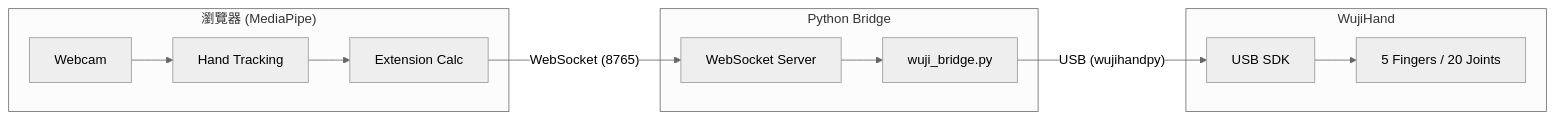
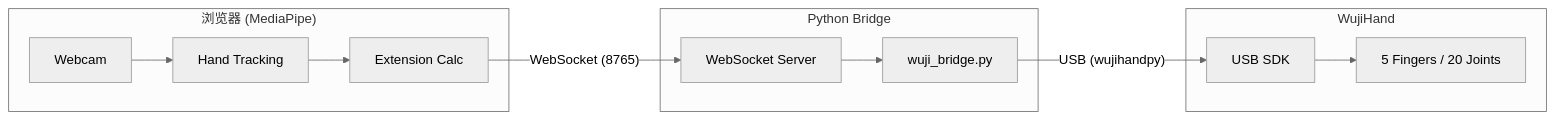
The diagram in deployment/mediapipe_wujihand_project.md (sou350121/vla-interview-handbook), drawn with Mermaid (neutral theme) before and after one commit. The commit also changed other lines of this file and 4 other files, not shown here.

````diff
--- a/deployment/mediapipe_wujihand_project.md
+++ b/deployment/mediapipe_wujihand_project.md
@@ -13,22 +13,22 @@
 ```mermaid
 graph LR
-    subgraph Browser ["瀏覽器 (MediaPipe)"]
+    subgraph Browser ["浏览器 (MediaPipe)"]
         A[Webcam] --> B[Hand Tracking]
         B --> C[Extension Calc]
     end
     
     subgraph Backend ["Python Bridge"]
         D[WebSocket Server]
         E[wuji_bridge.py]
         D --> E
     end
     
     subgraph Hardware ["WujiHand"]
         F[USB SDK]
         G[5 Fingers / 20 Joints]
         F --> G
     end
 
     C -- "WebSocket (8765)" --> D
     E -- "USB (wujihandpy)" --> F
 ```
````
